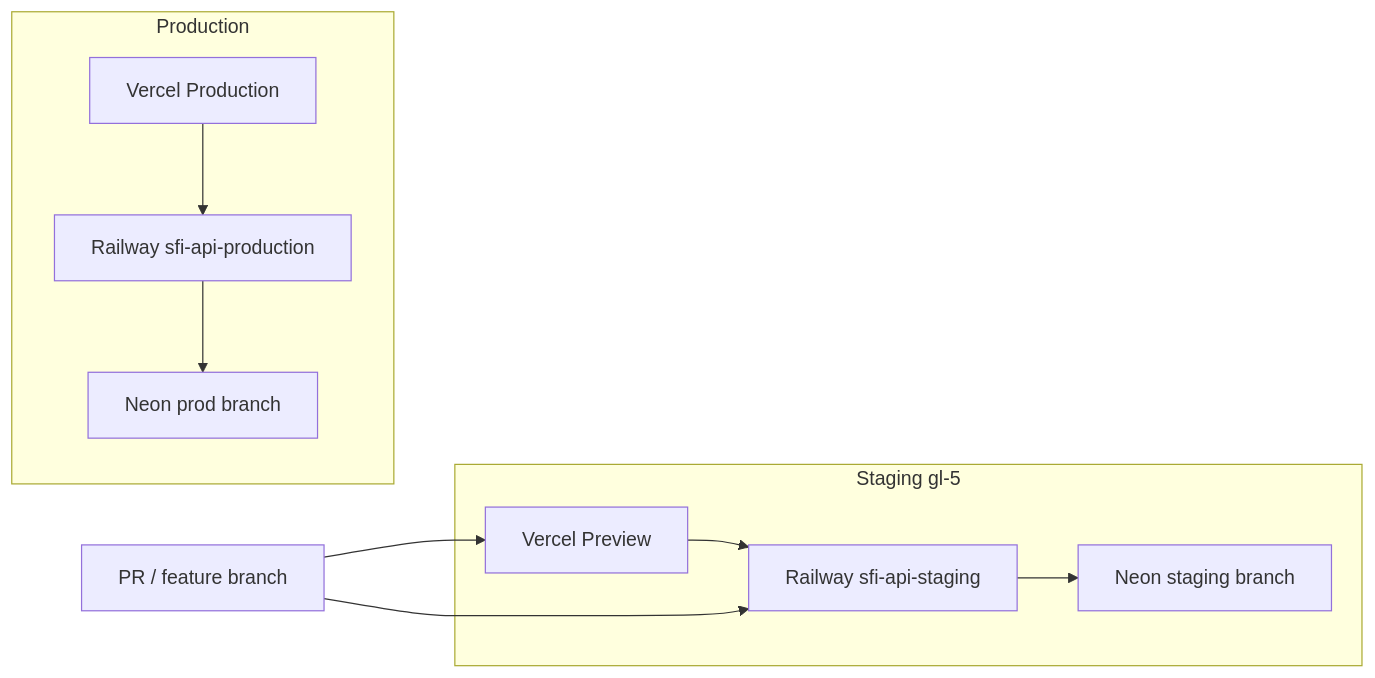
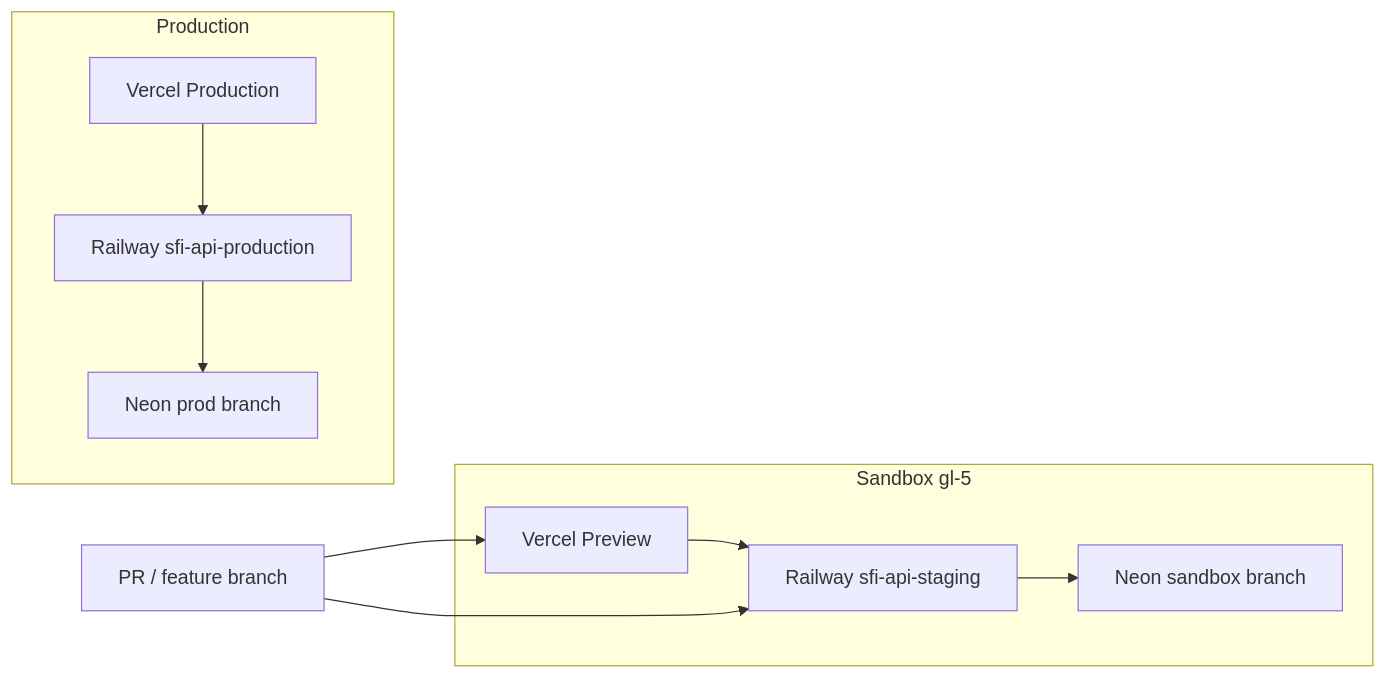
One commit to mattjustice-ops/smpl-financial-intelligence changed the diagram in docs/GO_LIVE_GL5_STAGING.md. Above: the diagram before and after it, drawn with Mermaid. The commit also changed other lines of this file and 23 other files, not shown here.

````diff
--- a/docs/GO_LIVE_GL5_STAGING.md
+++ b/docs/GO_LIVE_GL5_STAGING.md
@@ -17,17 +19,17 @@
 ```mermaid
 flowchart LR
   subgraph prod [Production]
     VP[Vercel Production]
     RP[Railway sfi-api-production]
     NP[Neon prod branch]
     VP --> RP --> NP
   end
-  subgraph staging [Staging gl-5]
+  subgraph sandbox [Sandbox gl-5]
     VPr[Vercel Preview]
     RS[Railway sfi-api-staging]
-    NS[Neon staging branch]
+    NS[Neon sandbox branch]
     VPr --> RS --> NS
   end
   Dev[PR / feature branch] --> VPr
   Dev --> RS
 ```
````
